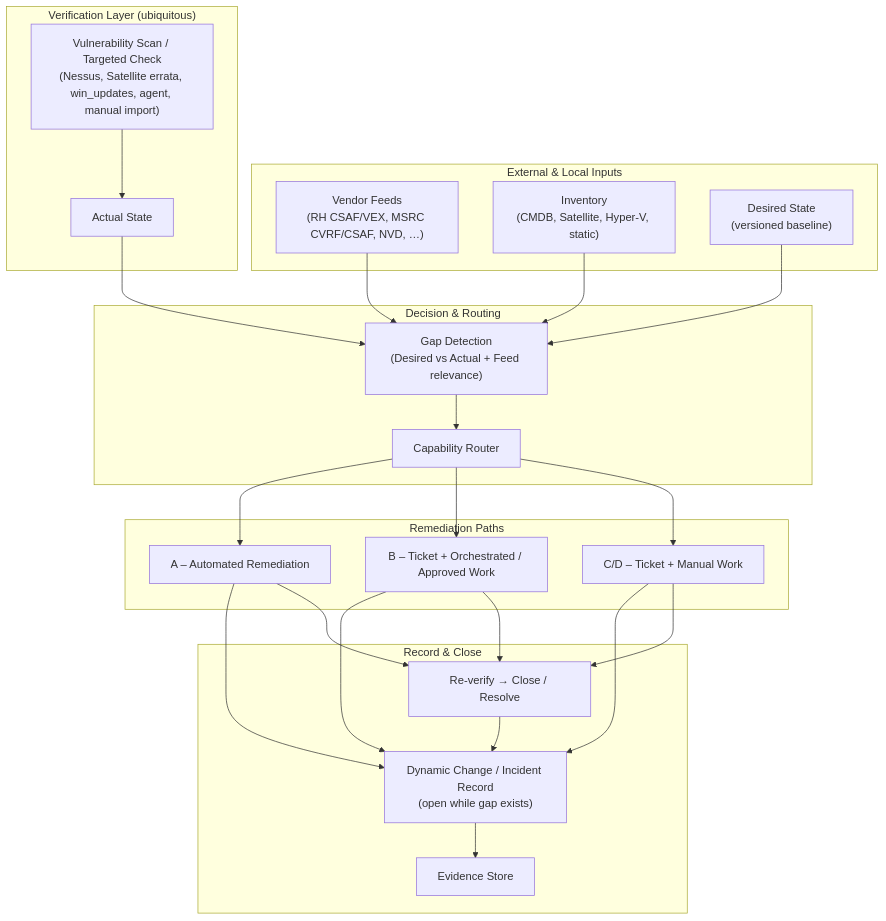
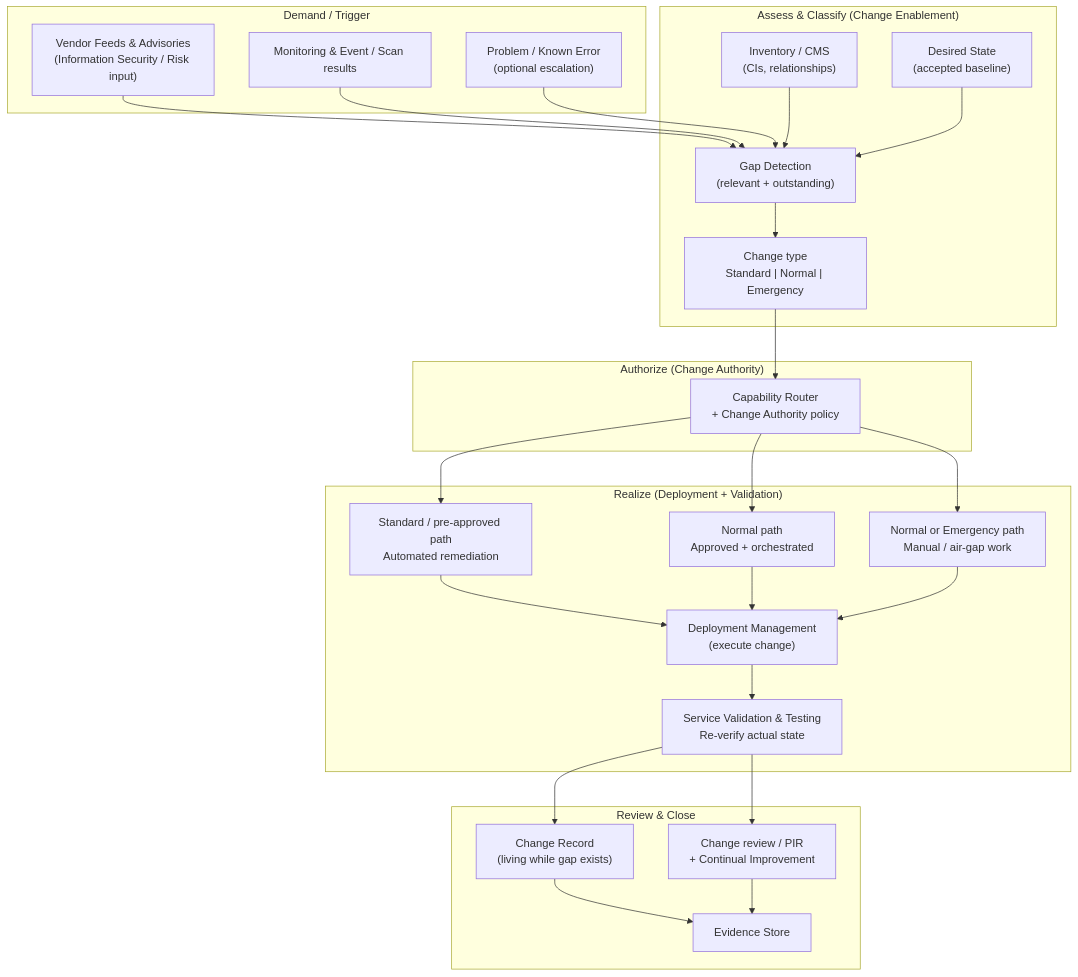
Before and after one commit to rathbunr/osd-infra-patch-orchestration: the first of 3 diagrams in docs/enterprise-architecture.md, drawn with Mermaid. The commit also changed other lines of this file, not shown here.

Commit message:
ITIL 4 alignment v1.1: Change Enablement lifecycle, Standard/Normal/Emergency, Change Authority, related practices, citations, updated diagrams

````diff
--- a/docs/enterprise-architecture.md
+++ b/docs/enterprise-architecture.md
@@ -40,48 +42,52 @@
 ```mermaid
 flowchart TB
-    subgraph Sources["External & Local Inputs"]
-        Feed["Vendor Feeds\n(RH CSAF/VEX, MSRC CVRF/CSAF, NVD, …)"]
-        Inv["Inventory\n(CMDB, Satellite, Hyper-V, static)"]
-        Desired["Desired State\n(versioned baseline)"]
+    subgraph Demand["Demand / Trigger"]
+        Feed["Vendor Feeds & Advisories\n(Information Security / Risk input)"]
+        Mon["Monitoring & Event / Scan results"]
+        Prob["Problem / Known Error\n(optional escalation)"]
     end
 
-    subgraph Verify["Verification Layer (ubiquitous)"]
-        Scan["Vulnerability Scan / Targeted Check\n(Nessus, Satellite errata, win_updates, agent, manual import)"]
-        Actual["Actual State"]
+    subgraph Assess["Assess & Classify (Change Enablement)"]
+        Inv["Inventory / CMS\n(CIs, relationships)"]
+        Desired["Desired State\n(accepted baseline)"]
+        Gap["Gap Detection\n(relevant + outstanding)"]
+        Classify["Change type\nStandard | Normal | Emergency"]
     end
 
-    subgraph Decide["Decision & Routing"]
-        Gap["Gap Detection\n(Desired vs Actual + Feed relevance)"]
-        Router["Capability Router"]
+    subgraph Authorize["Authorize (Change Authority)"]
+        Router["Capability Router\n+ Change Authority policy"]
     end
 
-    subgraph Act["Remediation Paths"]
-        Auto["A – Automated Remediation"]
-        Semi["B – Ticket + Orchestrated / Approved Work"]
-        Manual["C/D – Ticket + Manual Work"]
+    subgraph Realize["Realize (Deployment + Validation)"]
+        Auto["Standard / pre-approved path\nAutomated remediation"]
+        Semi["Normal path\nApproved + orchestrated"]
+        Manual["Normal or Emergency path\nManual / air-gap work"]
+        Deploy["Deployment Management\n(execute change)"]
+        Validate["Service Validation & Testing\nRe-verify actual state"]
     end
 
-    subgraph Record["Record & Close"]
-        Ticket["Dynamic Change / Incident Record\n(open while gap exists)"]
+    subgraph Close["Review & Close"]
+        Ticket["Change Record\n(living while gap exists)"]
+        PIR["Change review / PIR\n+ Continual Improvement"]
         Evidence["Evidence Store"]
-        Close["Re-verify → Close / Resolve"]
     end
 
     Feed --> Gap
+    Mon --> Gap
+    Prob --> Gap
     Inv --> Gap
     Desired --> Gap
-    Scan --> Actual
-    Actual --> Gap
-    Gap --> Router
+    Gap --> Classify
+    Classify --> Router
     Router --> Auto
     Router --> Semi
     Router --> Manual
-    Auto --> Ticket
-    Semi --> Ticket
-    Manual --> Ticket
+    Auto --> Deploy
+    Semi --> Deploy
+    Manual --> Deploy
+    Deploy --> Validate
+    Validate --> Ticket
+    Validate --> PIR
     Ticket --> Evidence
-    Auto --> Close
-    Semi --> Close
-    Manual --> Close
-    Close --> Ticket
+    PIR --> Evidence
 ```
````
